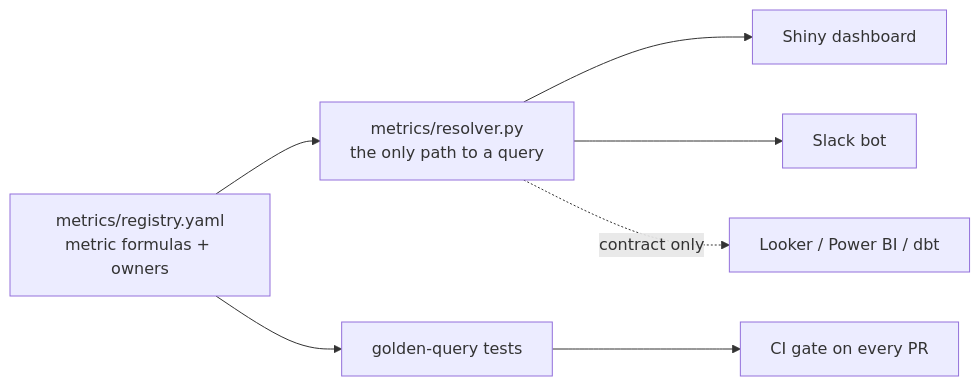
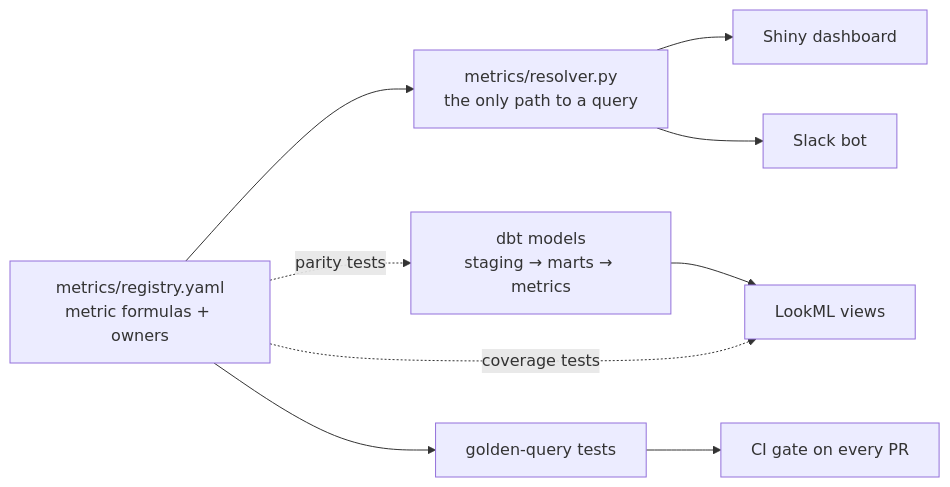
One commit to davidayala16/bi-framework changed the diagram in README.md. Above: the diagram before and after it, drawn with Mermaid. The commit also changed other lines of this file and 43 other files, not shown here.

````diff
--- a/README.md
+++ b/README.md
@@ -15,8 +15,10 @@
 ```mermaid
 flowchart LR
     REG["metrics/registry.yaml<br/>metric formulas + owners"] --> RES["metrics/resolver.py<br/>the only path to a query"]
     RES --> SHINY["Shiny dashboard"]
     RES --> SLACK["Slack bot"]
-    RES -.contract only.-> OTHER["Looker / Power BI / dbt"]
+    DBT["dbt models<br/>staging → marts → metrics"] --> LOOKER["LookML views"]
+    REG -.parity tests.-> DBT
+    REG -.coverage tests.-> LOOKER
     REG --> TESTS["golden-query tests"] --> CI["CI gate on every PR"]
 ```
````
